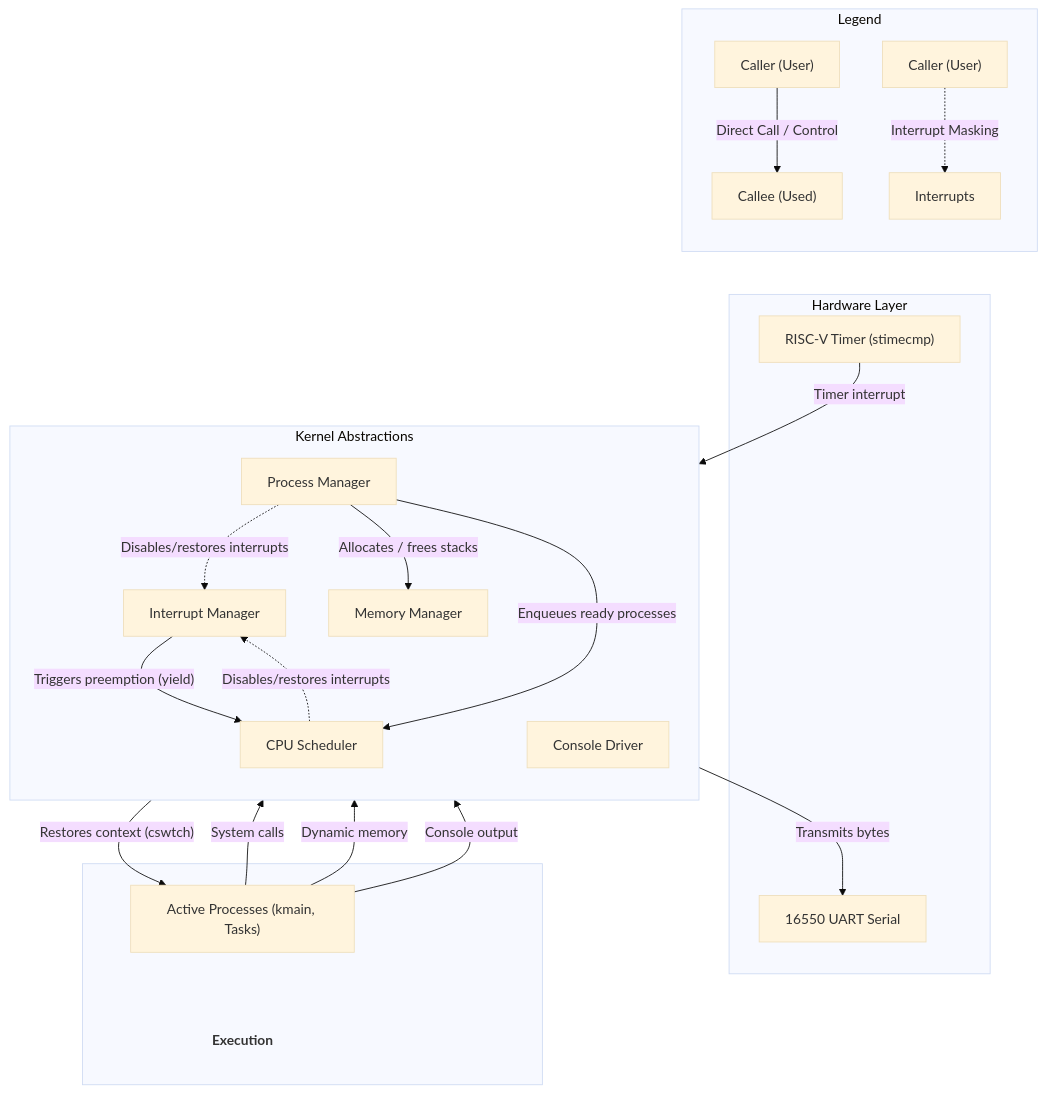
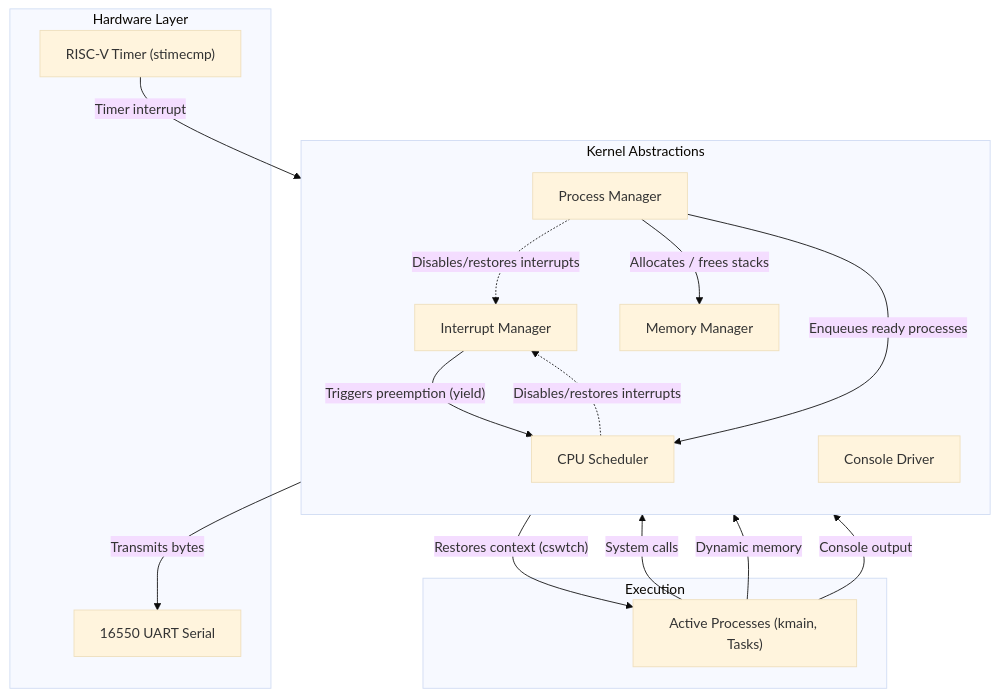
Before and after one commit to AtesIsf/Rio: the diagram in README.md, drawn with Mermaid (base theme).

Commit message:
revised flowchart again

````diff
--- a/README.md
+++ b/README.md
@@ -100,51 +100,39 @@
 ```mermaid
 flowchart TD
-    subgraph Legend ["Legend"]
-        direction TB
-        L_SRC["Caller (User)"] -->|"Direct Call / Control"| L_DST["Callee (Used)"]
-        L_CTL["Caller (User)"] -.->|"Interrupt Masking"| L_TGT["Interrupts"]
-    end
-
     subgraph Hardware ["Hardware Layer"]
         HW_TIMER["RISC-V Timer (stimecmp)"]
         HW_UART["16550 UART Serial"]
     end
 
     subgraph Core ["Kernel Abstractions"]
         direction TB
         MEM["Memory Manager"]
         PROC["Process Manager"]
         INT["Interrupt Manager"]
         SCHED["CPU Scheduler"]
         CONSOLE["Console Driver"]
     end
 
-    subgraph Exec [" "]
+    subgraph Exec ["Execution"]
         TASKS["Active Processes (kmain, Tasks)"]
-        EXEC_LBL["Execution"]
-        TASKS ~~~ EXEC_LBL
     end
-    style EXEC_LBL fill:none,stroke:none,font-weight:bold
-
-    %% Pin Legend to Top-Left
-    Legend ~~~ Hardware
 
     %% Preemption & Scheduling
     HW_TIMER -->|"Timer interrupt"| INT
     INT -->|"Triggers preemption (yield)"| SCHED
     SCHED -->|"Restores context (cswtch)"| TASKS
 
     %% Concurrency & Critical Sections
     SCHED -.->|"Disables/restores interrupts"| INT
     PROC -.->|"Disables/restores interrupts"| INT
 
     %% Process & Memory Interactions
     PROC -->|"Allocates / frees stacks"| MEM
     PROC -->|"Enqueues ready processes"| SCHED
 
     %% Task Execution & I/O
     TASKS -->|"System calls"| PROC
     TASKS -->|"Dynamic memory"| MEM
     TASKS -->|"Console output"| CONSOLE
     CONSOLE -->|"Transmits bytes"| HW_UART
 ```
````
